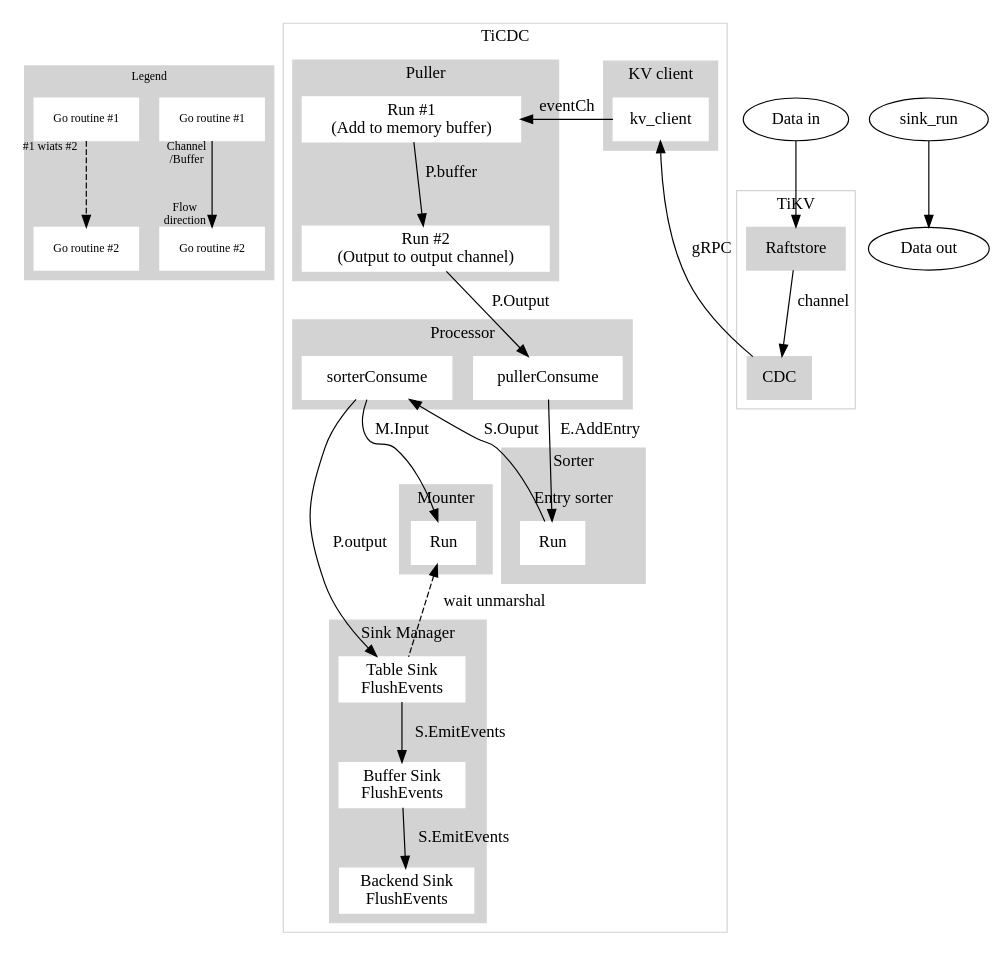
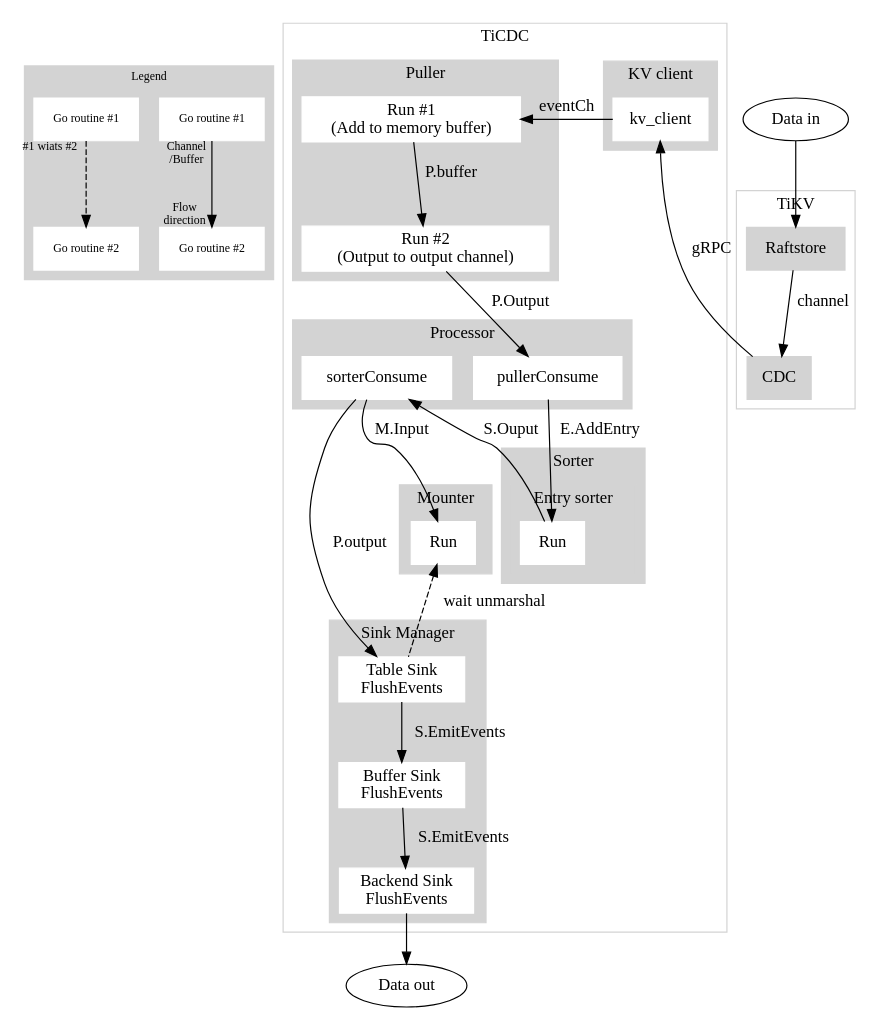
Before and after one commit to pingcap/tiflow: the diagram in docs/data-flow.dot, drawn with Graphviz. The commit also changed 1 other file, not shown here.

```diff
--- a/docs/data-flow.dot
+++ b/docs/data-flow.dot
@@ -1,183 +1,183 @@
 // The data-flow diagram of TiCDC.
 //
 // Run `make data-flow-diagram` to generate data-flow.svg
 //
 // Metrics in TiCDC
 // TiKV -> KV client: ticdc_kvclient_pull_event_count | counter
 //     puller event chan size: ticdc_puller_event_chan_size | gauge
 // KV client -> puller memBuffer: ticdc_puller_kv_event_count | counter
 //     puller memBuffer size: ticdc_puller_mem_buffer_size | gauge
 // puller memBuffer -> puller outputChan: ticdc_puller_txn_collect_event_count | counter
 //     puller outputChan size: ticdc_puller_output_chan_size | gauge
 // puller outputCnan -> sorter unsorted
 //     sorter unsorted size: ticdc_puller_entry_sorter_unsorted_size | gauge
 //     sorter sort duration: ticdc_puller_entry_sorter_sort | duration
 //     sorter merge duration: ticdc_puller_entry_sorter_merge | duration
 // sorter unsorted -> sorter outputCh: missing
 //     sorter outputCh size: ticdc_puller_entry_sorter_output_chan_size | gauge
 // sorter outputCh -> Rectifier outputCh: missing
 // Rectifier outputCh -> processor outputCh: missing
 //                    `-> mounter rawRowChangedChs
 //                             mounter unmarshal duration: ticdc_mounter_unmarshal_and_mount | duration
 //                             mounter rawRowCHangedChs size: ticdc_mounter_input_chan_size | gauge
 // processor outputCh -> sink.EmitRowChangedEvents:
 //     processor outputCh size: ticdc_processor_txn_output_chan_size | gague
 
 digraph Dataflow {
     subgraph cluster_legends {
         label = "Legend";
         fontsize = 10;
         color = lightgrey;
         style = filled;
 
         node [
             style = filled,
             color = white,
             shape = rect,
             fontsize = 10,
             width = 0.5,
             height = 0.5,
         ];
 
         edge [
             labelfontsize = 10,
         ]
 
         flow [
             label = "Go routine #1",
         ]
         flow_ [
             label = "Go routine #2",
         ]
         flow -> flow_ [
             headlabel = "Flow\ndirection",
             taillabel = "Channel\n/Buffer",
         ]
 
         wait [
             label = "Go routine #1",
         ]
         wait_ [
             label = "Go routine #2",
         ]
         wait -> wait_ [
             taillabel = "#1 wiats #2",
             style = "dashed",
         ]
     }
 
     subgraph cluster_tikv {
         label = "TiKV";
         color = lightgrey;
         node [
             style = filled,
             color = lightgrey,
             shape = rect,
         ];
 
         Raftstore -> CDC [label = "channel"]
     }
 
     subgraph cluster_ticdc {
         label = "TiCDC";
         color = lightgrey;
         node [
             style = filled,
             color = white,
             shape = rect,
         ];
 
         CDC -> kv_client [constraint = false, label = "gRPC"]
 
         subgraph cluster_kvclient {
             label = "KV client";
             style = filled;
 
             kv_client
         }
 
         kv_client -> puller_run_step1 [label = "eventCh", constraint = false]
 
         subgraph cluster_processor {
             label = "Processor";
             style = filled;
 
             processor_sorter_consume [label = "sorterConsume"]
             processor_puller_consume [label = "pullerConsume"]
 
         }
             processor_sorter_consume -> table_sink_run [label = "P.output"]
 
         subgraph cluster_puller {
             label = "Puller";
             style = filled;
 
             puller_run_step1 [label = "Run #1\n(Add to memory buffer)"]
             puller_run_step2 [label = "Run #2\n(Output to output channel)"]
 
             puller_run_step1 -> puller_run_step2 [label = "P.buffer"]
             puller_run_step2 -> processor_puller_consume [label = "P.Output"]
         }
 
         processor_puller_consume -> sorter_run [label = "E.AddEntry"]
 
         subgraph cluster_sorter {
             label = "Sorter";
             style = filled;
 
             subgraph cluster_entry_sorter {
                 label = "Entry sorter";
 
                 sorter_run [label = "Run"]
             }
 
         }
 
         sorter_run -> processor_sorter_consume [label = "S.Ouput"]
         processor_sorter_consume -> mounter_run [label = "M.Input"]
         mounter_run -> table_sink_run [
             label = "wait unmarshal",
             style = "dashed",
             dir = back,
         ]
 
         subgraph cluster_mounter {
             label = "Mounter";
             style = filled;
 
             mounter_run [label = "Run"]
         }
 
         subgraph cluster_sink {
             label = "Sink Manager";
             style = filled;
 
             subgraph table_sink {
                 label = "Table Sink";
 
                 table_sink_run [label = "Table Sink\nFlushEvents"]
             }
 
             subgraph buffer_sink {
                 label = "Buffer Sink";
 
                 buffer_sink_run [label = "Buffer Sink\nFlushEvents"]
             }
 
             subgraph backend_sink {
                 label = "Backend Sink";
 
                 backend_sink_run [label = "Backend Sink\nFlushEvents"]
             }
 
             table_sink_run -> buffer_sink_run [label = "S.EmitEvents"]
             buffer_sink_run -> backend_sink_run [label = "S.EmitEvents"]
         }
     }
 
     data_in [label = "Data in", shape = oval]
     data_in -> Raftstore
 
     data_out [label = "Data out", shape = oval]
-    sink_run -> data_out
+    backend_sink_run -> data_out
 }
```
